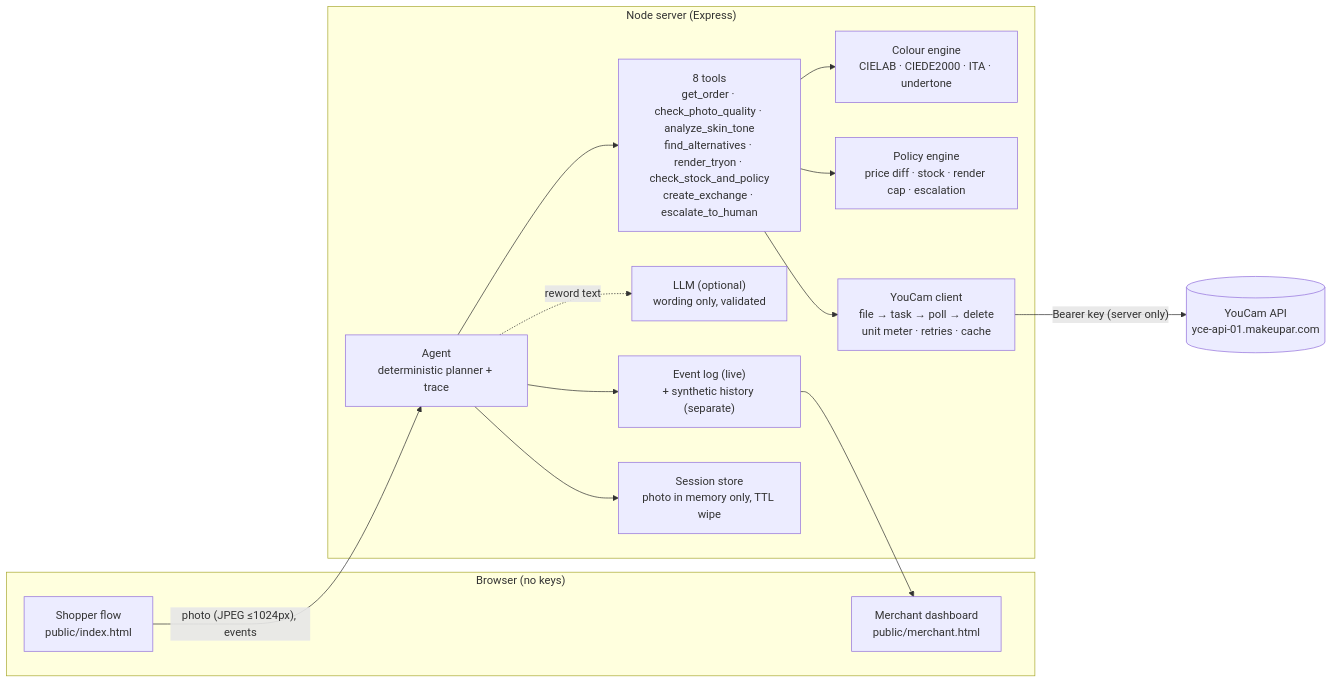
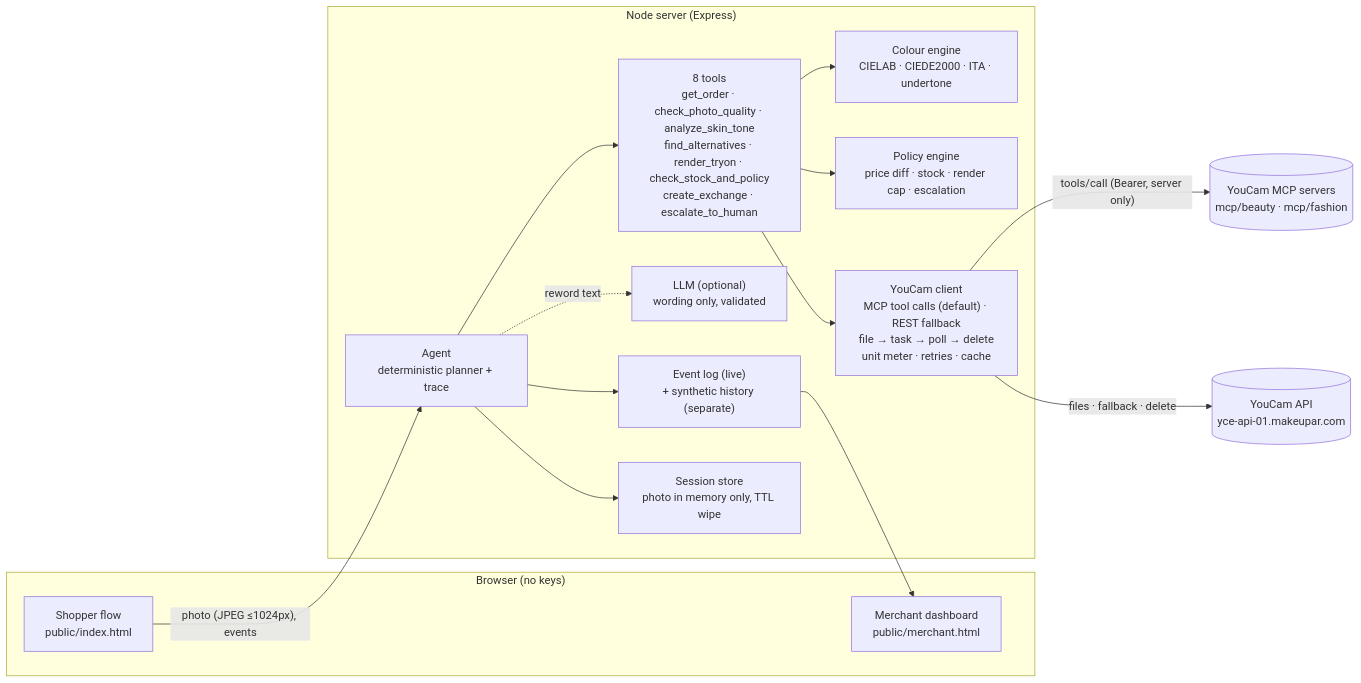
Before and after one commit to sarthak-1111/mirrormatch: the diagram in README.md, drawn with Mermaid. The commit also changed other lines of this file and 8 other files, not shown here.

First line of the commit message:
Docs: MCP is the default transport; garment upload test; isolated e2e events

````diff
--- a/README.md
+++ b/README.md
@@ -85,25 +85,27 @@
 ```mermaid
 flowchart LR
   subgraph Browser["Browser (no keys)"]
     S["Shopper flow<br/>public/index.html"]
     M["Merchant dashboard<br/>public/merchant.html"]
   end
   subgraph Server["Node server (Express)"]
     A["Agent<br/>deterministic planner + trace"]
     T["8 tools<br/>get_order · check_photo_quality · analyze_skin_tone<br/>find_alternatives · render_tryon · check_stock_and_policy<br/>create_exchange · escalate_to_human"]
     C["Colour engine<br/>CIELAB · CIEDE2000 · ITA · undertone"]
     P["Policy engine<br/>price diff · stock · render cap · escalation"]
-    Y["YouCam client<br/>file → task → poll → delete<br/>unit meter · retries · cache"]
+    Y["YouCam client<br/>MCP tool calls (default) · REST fallback<br/>file → task → poll → delete<br/>unit meter · retries · cache"]
     L["LLM (optional)<br/>wording only, validated"]
     E["Event log (live)<br/>+ synthetic history (separate)"]
     SS["Session store<br/>photo in memory only, TTL wipe"]
   end
   YC[("YouCam API<br/>yce-api-01.makeupar.com")]
+  YM[("YouCam MCP servers<br/>mcp/beauty · mcp/fashion")]
   S -- "photo (JPEG ≤1024px), events" --> A
   A --> T
   T --> C & P & Y
   A -. "reword text" .-> L
-  Y -- "Bearer key (server only)" --> YC
+  Y -- "tools/call (Bearer, server only)" --> YM
+  Y -- "files · fallback · delete" --> YC
   A --> E --> M
   A --> SS
 ```
````
